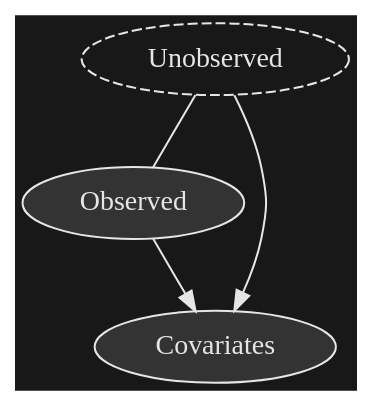
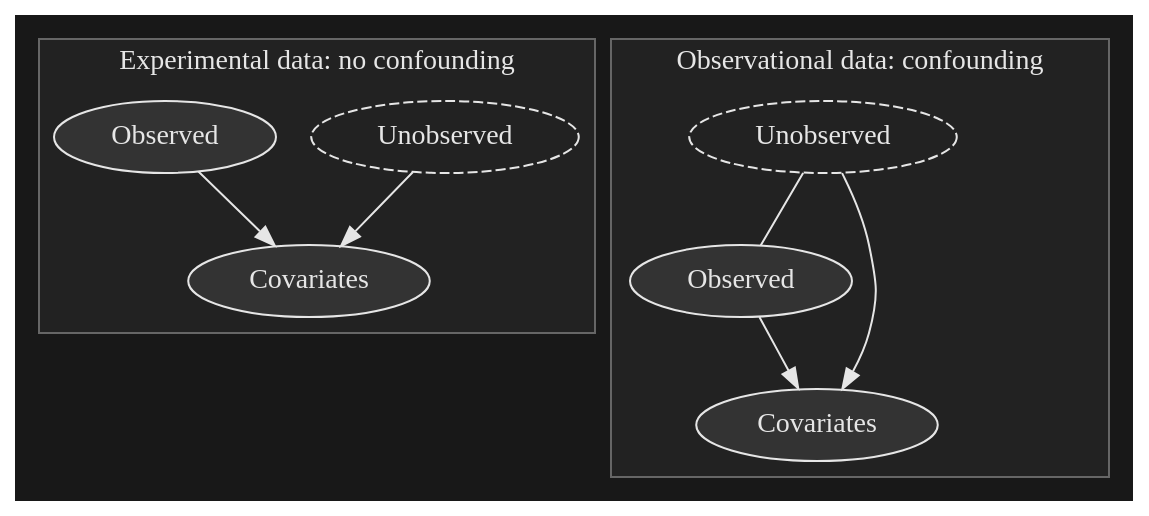
The diagram in src/intro.qmd (vladislav-morozov/econometrics-heterogeneity), drawn with Graphviz before and after one commit. The commit also changed other lines of this file and 20 other files, not shown here.

````diff
--- a/src/intro.qmd
+++ b/src/intro.qmd
@@ -75,30 +92,52 @@
 ```{dot}
-//| fig-width: 50%
-//| fig-cap: "Observational data: confounding"
-digraph CausalGraph {
-	
-   bgcolor="#181818";
+//| fig-cap: "Comparison of causal structures: experimental vs observational"
+//| fig-width: 100%
+digraph CombinedGraph {
+  bgcolor="#181818";
 
-    node [
-      fontcolor = "#e6e6e6",
-      style = filled,
-      color = "#e6e6e6",
-      fillcolor = "#333333"
-    ]
+  node [
+    fontcolor = "#e6e6e6",
+    style = filled,
+    color = "#e6e6e6",
+    fillcolor = "#333333"
+  ]
 
-    edge [
-      color = "#e6e6e6",
-      fontcolor = "#e6e6e6"
-    ]
+  edge [
+    color = "#e6e6e6",
+    fontcolor = "#e6e6e6"
+  ]
 
-    A [label="Unobserved", style = "dashed"];
-    B [label="Observed"];
-    C [label="Covariates"];
+  // Experimental data: no confounding
+  subgraph cluster_exp {
+    label = "Experimental data: no confounding";
+    fontcolor = "#e6e6e6";
+    style = filled;
+    color = "#666666";
+    fillcolor = "#222222";
 
-    A -> B [dir=none]; // A causes B
-    B -> C; // B causes C
-    A -> C; // A directly causes C
+    A1 [label="Unobserved", style="dashed"];
+    B1 [label="Observed"];
+    C1 [label="Covariates"];
+
+    B1 -> C1;
+    A1 -> C1;
+  }
+
+  // Observational data: confounding
+  subgraph cluster_obs {
+    label = "Observational data: confounding";
+    fontcolor = "#e6e6e6";
+    style = filled;
+    color = "#666666";
+    fillcolor = "#222222";
+
+    A2 [label="Unobserved", style="dashed"];
+    B2 [label="Observed"];
+    C2 [label="Covariates"];
+
+    A2 -> B2 [dir=none];
+    B2 -> C2;
+    A2 -> C2;
+  }
 }
-
-
 ```
````
